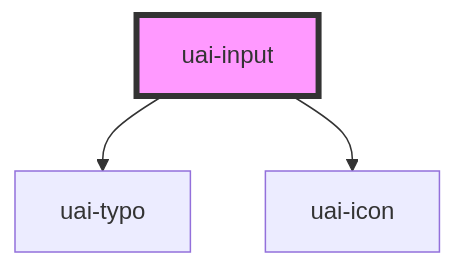
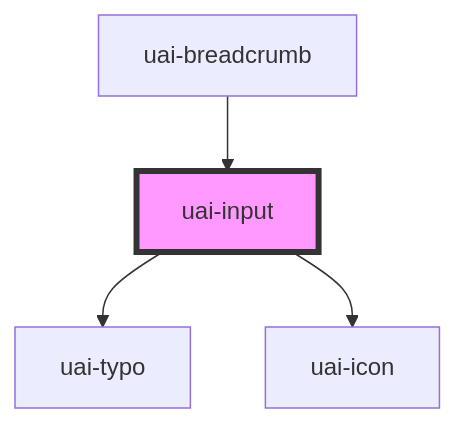
The diagram in src/components/uai-input/readme.md (takenet/blip-ds), drawn with Mermaid before and after one commit. The commit also changed other lines of this file and 34 other files, not shown here.

First line of the commit message:
feat(uai): add breadcrumb and page header

````diff
--- a/src/components/uai-input/readme.md
+++ b/src/components/uai-input/readme.md
@@ -165,6 +169,7 @@
 ```mermaid
 graph TD;
   uai-input --> uai-typo
   uai-input --> uai-icon
+  uai-breadcrumb --> uai-input
   style uai-input fill:#f9f,stroke:#333,stroke-width:4px
 ```
````
